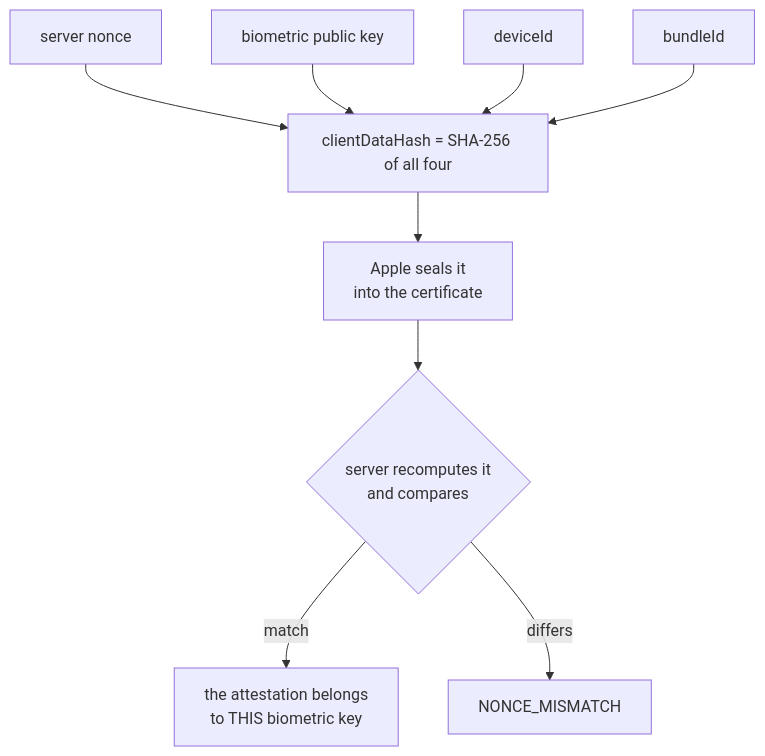
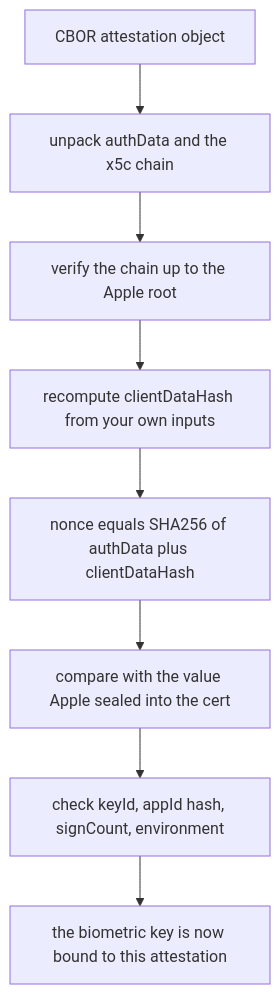
The fourth of 5 diagrams in README.md (PabloNAX/attestation-verifier), drawn with Mermaid before and after one commit. The commit also changed other lines of this file, not shown here.

Commit message:
README: one flow diagram per platform, tighter prose

````diff
--- a/README.md
+++ b/README.md
@@ -140,11 +120,13 @@
 ```mermaid
 flowchart TD
-  N["server nonce"] --> H
-  K["biometric public key"] --> H
-  D["deviceId"] --> H
-  B["bundleId"] --> H
-  H["clientDataHash = SHA-256 of all four"] --> S["Apple seals it<br/>into the certificate"]
-  S --> V{"server recomputes it<br/>and compares"}
-  V -- match --> OK["the attestation belongs<br/>to THIS biometric key"]
-  V -- differs --> NO["NONCE_MISMATCH"]
+    A["CBOR attestation object"]
+    B["unpack authData and the x5c chain"]
+    C["verify the chain up to the Apple root"]
+    D["recompute clientDataHash from your own inputs"]
+    E["nonce equals SHA256 of authData plus clientDataHash"]
+    F["compare with the value Apple sealed into the cert"]
+    G["check keyId, appId hash, signCount, environment"]
+    H["the biometric key is now bound to this attestation"]
+
+    A --> B --> C --> D --> E --> F --> G --> H
 ```
````
